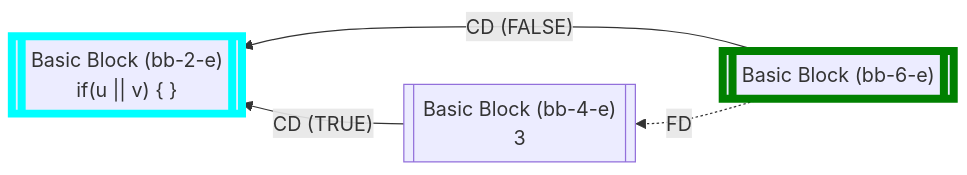
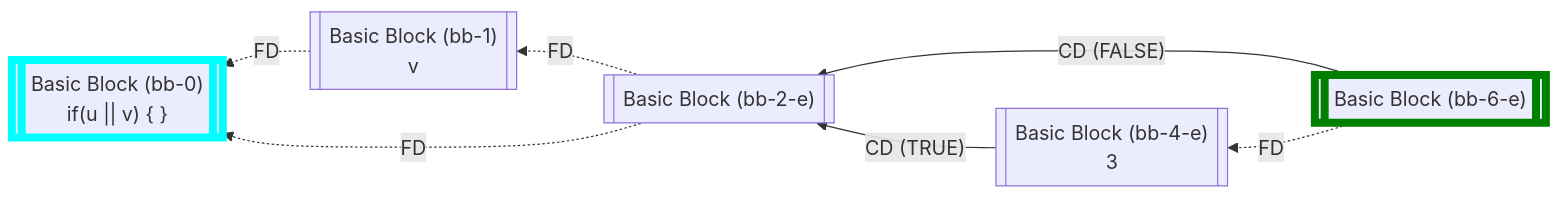
The fifth of 23 diagrams in wiki/Control Flow Graph.md (flowr-analysis/flowr), drawn with Mermaid before and after one commit. The commit also changed other lines of this file and 43 other files, not shown here.

````diff
--- a/wiki/Control Flow Graph.md
+++ b/wiki/Control Flow Graph.md
@@ -297,13 +305,20 @@
 ```mermaid
 flowchart RL
+    nbb-0[["`Basic Block (bb-0)
+if(u || v) #123; #125;`"]]
+    nbb-1[["`Basic Block (bb-1)
+v`"]]
     nbb-2-e[["`Basic Block (bb-2-e)
-if(u || v) #123; #125;`"]]
+`"]]
     nbb-4-e[["`Basic Block (bb-4-e)
 3`"]]
     nbb-6-e[["`Basic Block (bb-6-e)
 `"]]
+    nbb-1 -.->|"FD"| nbb-0
+    nbb-2-e -.->|"FD"| nbb-1
+    nbb-2-e -.->|"FD"| nbb-0
     nbb-6-e -.->|"FD"| nbb-4-e
     nbb-6-e -->|"CD (FALSE)"| nbb-2-e
     nbb-4-e -->|"CD (TRUE)"| nbb-2-e
-    style nbb-2-e stroke:cyan,stroke-width:6.5px;    style nbb-6-e stroke:green,stroke-width:6.5px;
+    style nbb-0 stroke:cyan,stroke-width:6.5px;    style nbb-6-e stroke:green,stroke-width:6.5px;
 ```
````
